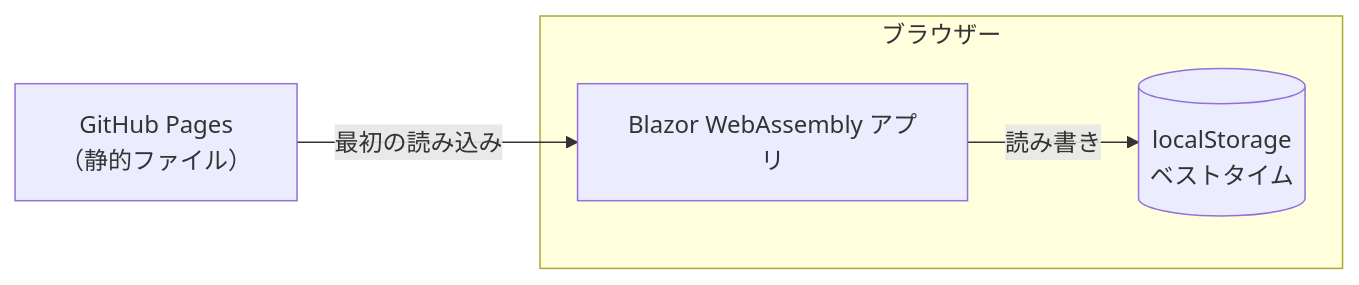
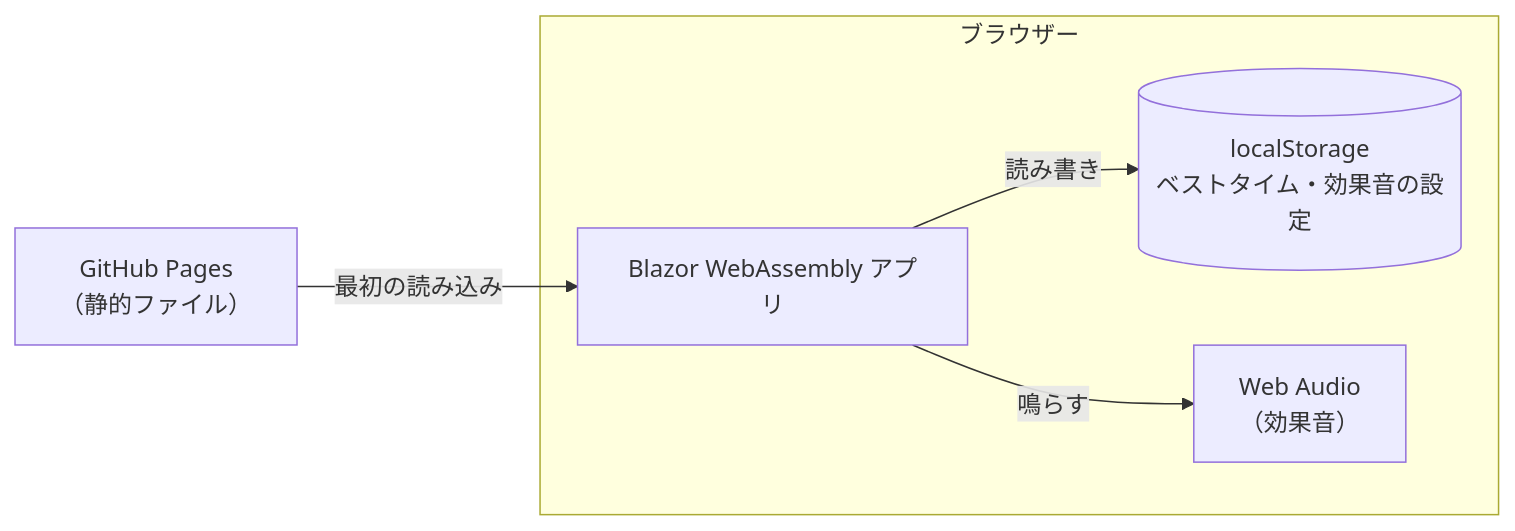
The first of 12 diagrams in docs/04-architecture.md (Fujiwo/Shos.Minesweeper), drawn with Mermaid before and after one commit. The commit also changed other lines of this file and 4 other files, not shown here.

````diff
--- a/docs/04-architecture.md
+++ b/docs/04-architecture.md
@@ -29,9 +39,11 @@
 ```mermaid
 flowchart LR
     Pages["GitHub Pages<br/>（静的ファイル）"] -- "最初の読み込み" --> App
     subgraph Browser["ブラウザー"]
         App["Blazor WebAssembly アプリ"]
-        Storage[("localStorage<br/>ベストタイム")]
+        Storage[("localStorage<br/>ベストタイム・効果音の設定")]
+        Audio["Web Audio<br/>（効果音）"]
         App -- "読み書き" --> Storage
+        App -- "鳴らす" --> Audio
     end
 ```
````
